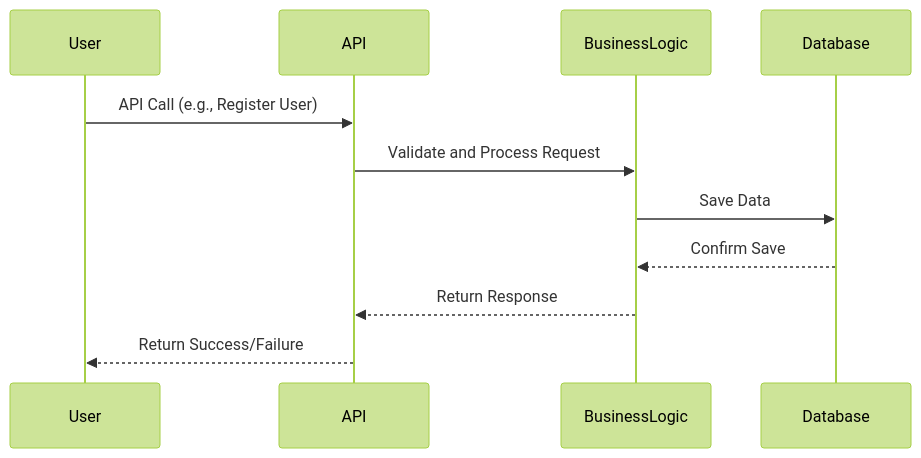
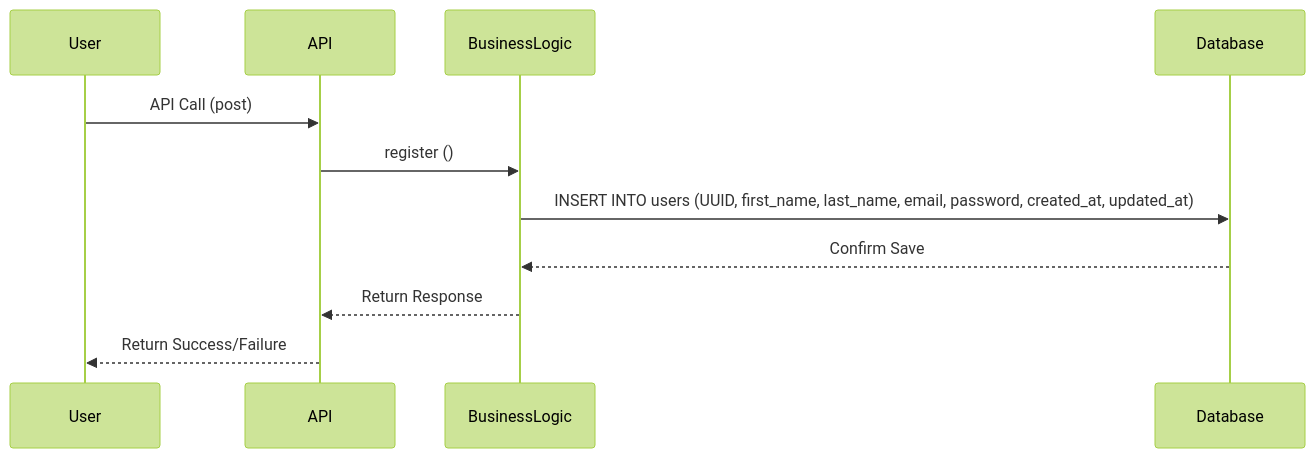
One commit to shahd-v/holbertonschool-hbnb changed the diagram in README.md. Above: the diagram before and after it, drawn with Mermaid (forest theme).

````diff
--- a/README.md
+++ b/README.md
@@ -35,14 +35,14 @@
 ```mermaid
 sequenceDiagram
 participant User
 participant API
 participant BusinessLogic
 participant Database
 
-User->>API: API Call (e.g., Register User)
-API->>BusinessLogic: Validate and Process Request
-BusinessLogic->>Database: Save Data
+User->>API: API Call (post)
+API->>BusinessLogic: register ()
+BusinessLogic->>Database: INSERT INTO users (UUID, first_name, last_name, email, password, created_at, updated_at)
 Database-->>BusinessLogic: Confirm Save
 BusinessLogic-->>API: Return Response
 API-->>User: Return Success/Failure
 ```
````
